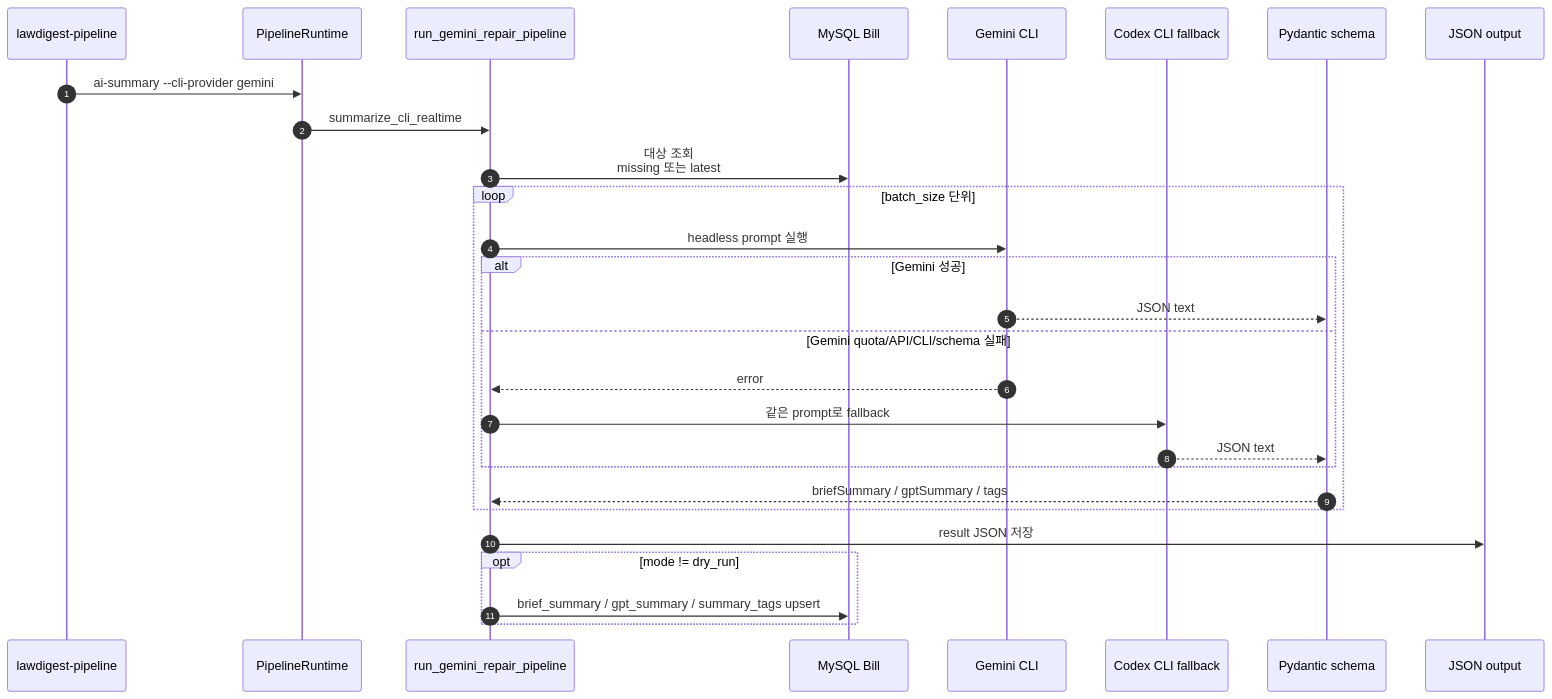
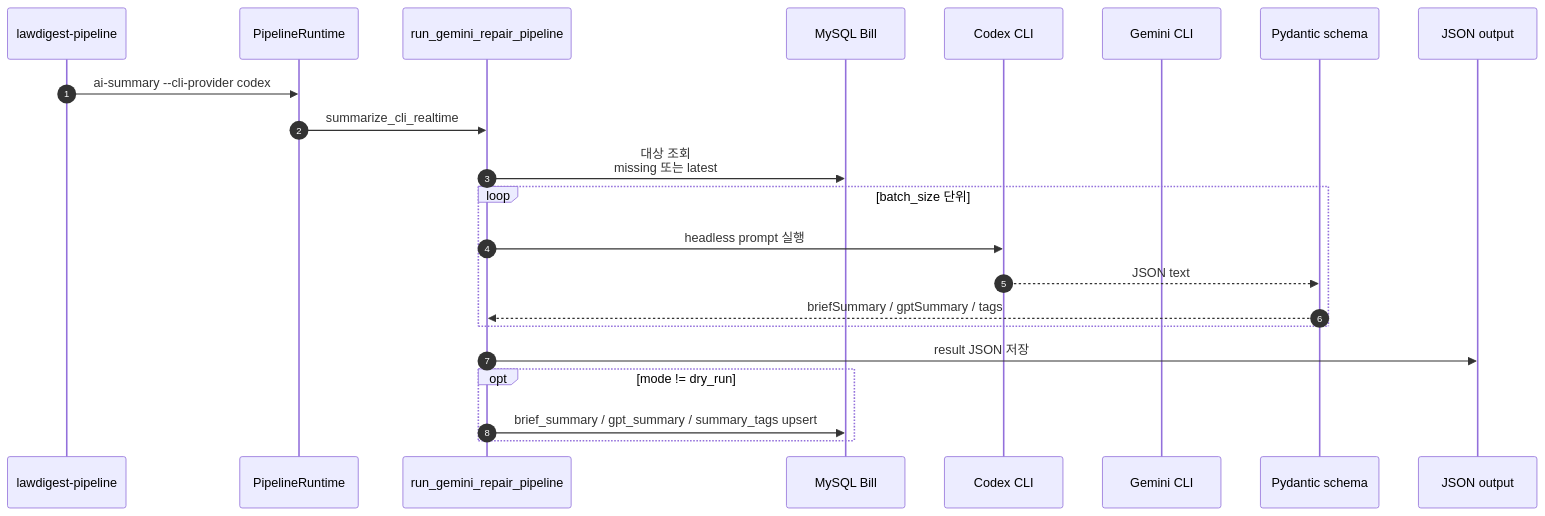
Before and after one commit to LawDigest/LawDigest: the third of 3 diagrams in docs/data/법안 데이터 파이프라인/pipeline_architecture.md, drawn with Mermaid. The commit also changed other lines of this file and 11 other files, not shown here.

Commit message:
fix: make codex cli default summary provider

````diff
--- a/docs/data/법안 데이터 파이프라인/pipeline_architecture.md
+++ b/docs/data/법안 데이터 파이프라인/pipeline_architecture.md
@@ -219,31 +219,25 @@
 ```mermaid
 sequenceDiagram
     autonumber
     participant CLI as lawdigest-pipeline
     participant Runtime as PipelineRuntime
     participant Repair as run_gemini_repair_pipeline
     participant DB as MySQL Bill
+    participant Codex as Codex CLI
     participant Gemini as Gemini CLI
-    participant Codex as Codex CLI fallback
     participant Schema as Pydantic schema
     participant Output as JSON output
 
-    CLI->>Runtime: ai-summary --cli-provider gemini
+    CLI->>Runtime: ai-summary --cli-provider codex
     Runtime->>Repair: summarize_cli_realtime
     Repair->>DB: 대상 조회<br/>missing 또는 latest
     loop batch_size 단위
-        Repair->>Gemini: headless prompt 실행
-        alt Gemini 성공
-            Gemini-->>Schema: JSON text
-        else Gemini quota/API/CLI/schema 실패
-            Gemini-->>Repair: error
-            Repair->>Codex: 같은 prompt로 fallback
-            Codex-->>Schema: JSON text
-        end
+        Repair->>Codex: headless prompt 실행
+        Codex-->>Schema: JSON text
         Schema-->>Repair: briefSummary / gptSummary / tags
     end
     Repair->>Output: result JSON 저장
     opt mode != dry_run
         Repair->>DB: brief_summary / gpt_summary / summary_tags upsert
     end
 ```
````
